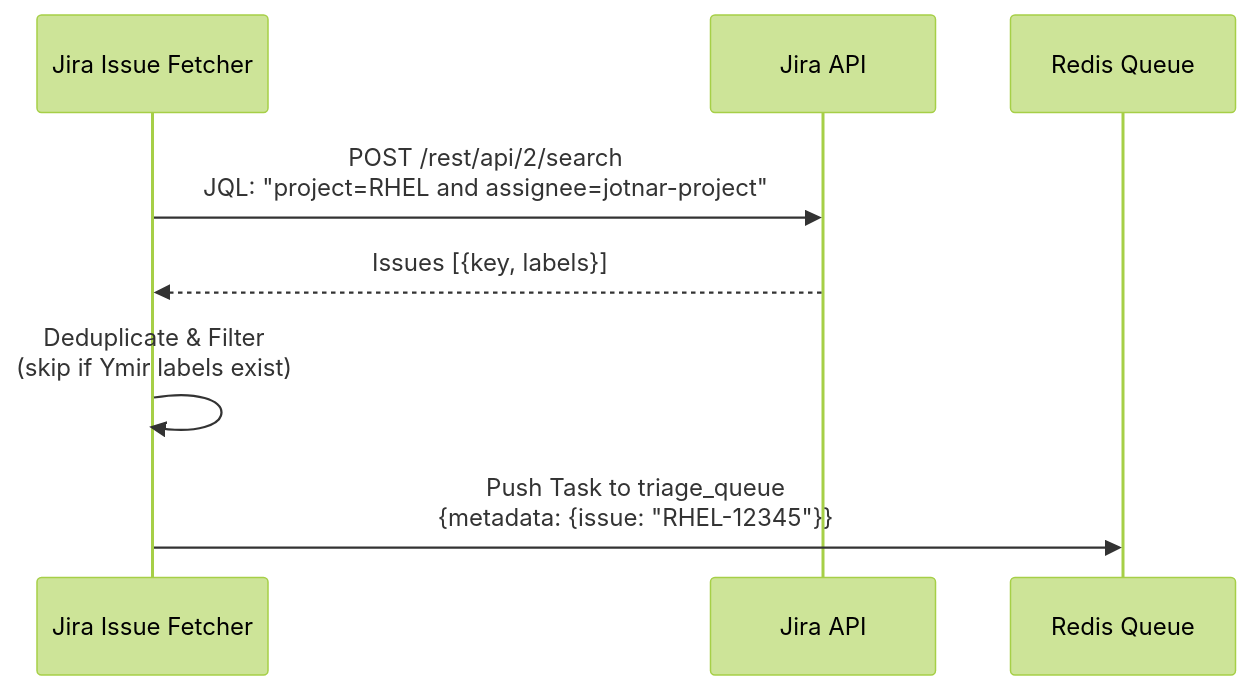
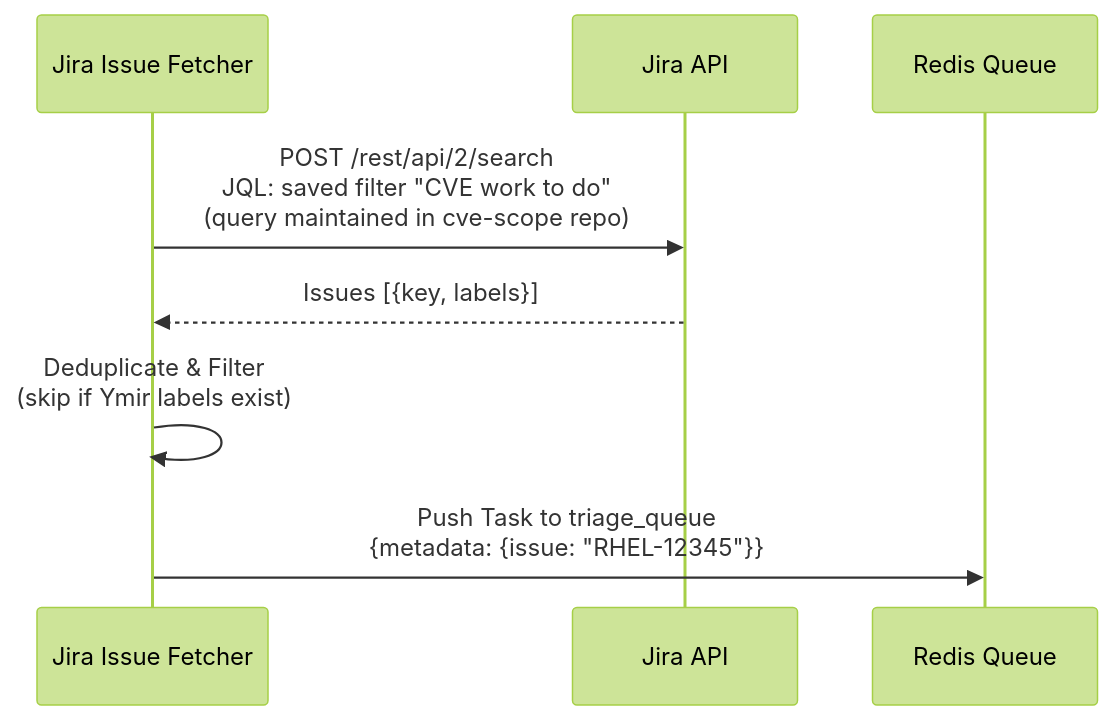
The second of 5 diagrams in jira_data_flow.md (packit/ai-workflows), drawn with Mermaid (forest theme) before and after one commit. The commit also changed other lines of this file, not shown here.

Commit message:
jira_data_flow: fix info how we fetch jiras with a filter

````diff
--- a/jira_data_flow.md
+++ b/jira_data_flow.md
@@ -80,11 +80,11 @@
 ```mermaid
 sequenceDiagram
     participant Fetcher as Jira Issue Fetcher
     participant Jira as Jira API
     participant Redis as Redis Queue
 
-    Fetcher->>Jira: POST /rest/api/2/search<br/>JQL: "project=RHEL and assignee=jotnar-project"
+    Fetcher->>Jira: POST /rest/api/2/search<br/>JQL: saved filter "CVE work to do"<br/>(query maintained in cve-scope repo)
     Jira-->>Fetcher: Issues [{key, labels}]
     Fetcher->>Fetcher: Deduplicate & Filter<br/>(skip if Ymir labels exist)
     Fetcher->>Redis: Push Task to triage_queue<br/>{metadata: {issue: "RHEL-12345"}}
 ```
````
